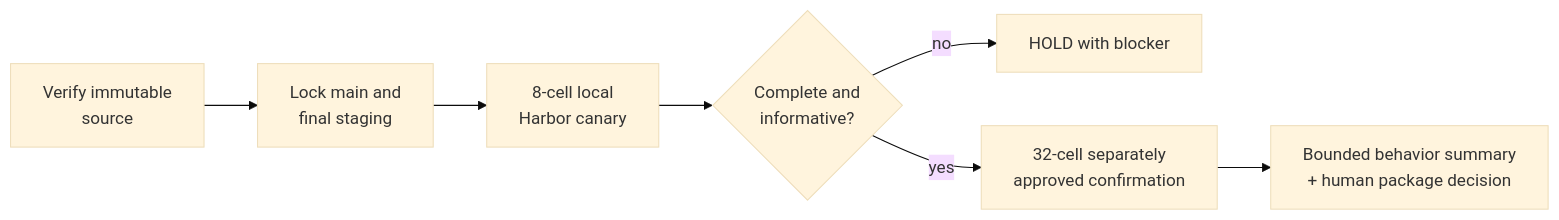
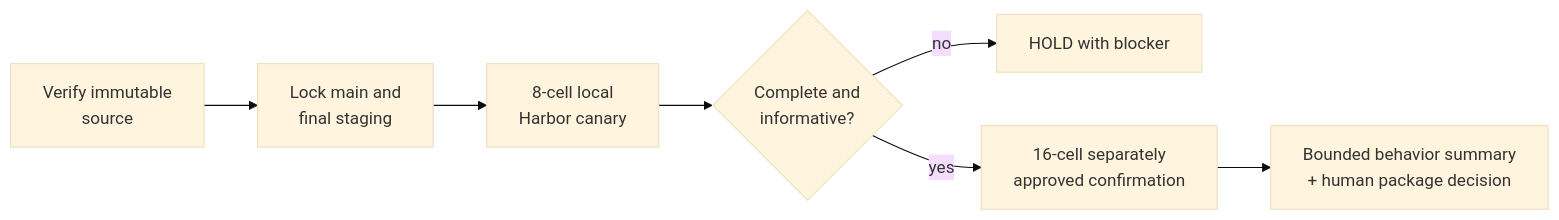
One commit to ash0ts/fugue changed the second of 2 diagrams in docs/articles/fugue-agentic-software-factory/fugue-3-api-compatibility-is-not-agent-compatibility/article.md. Above: the diagram before and after it, drawn with Mermaid (base theme). The commit also changed other lines of this file and 38 other files, not shown here.

````diff
--- a/docs/articles/fugue-agentic-software-factory/fugue-3-api-compatibility-is-not-agent-compatibility/article.md
+++ b/docs/articles/fugue-agentic-software-factory/fugue-3-api-compatibility-is-not-agent-compatibility/article.md
@@ -230,9 +262,9 @@
 ```mermaid
 flowchart LR
     S["Verify immutable<br/>source"] --> M["Lock main and<br/>final staging"]
     M --> C["8-cell local<br/>Harbor canary"]
     C --> G{"Complete and<br/>informative?"}
     G -->|no| H["HOLD with blocker"]
-    G -->|yes| F["32-cell separately<br/>approved confirmation"]
+    G -->|yes| F["16-cell separately<br/>approved confirmation"]
     F --> D["Bounded behavior summary<br/>+ human package decision"]
 ```
````
